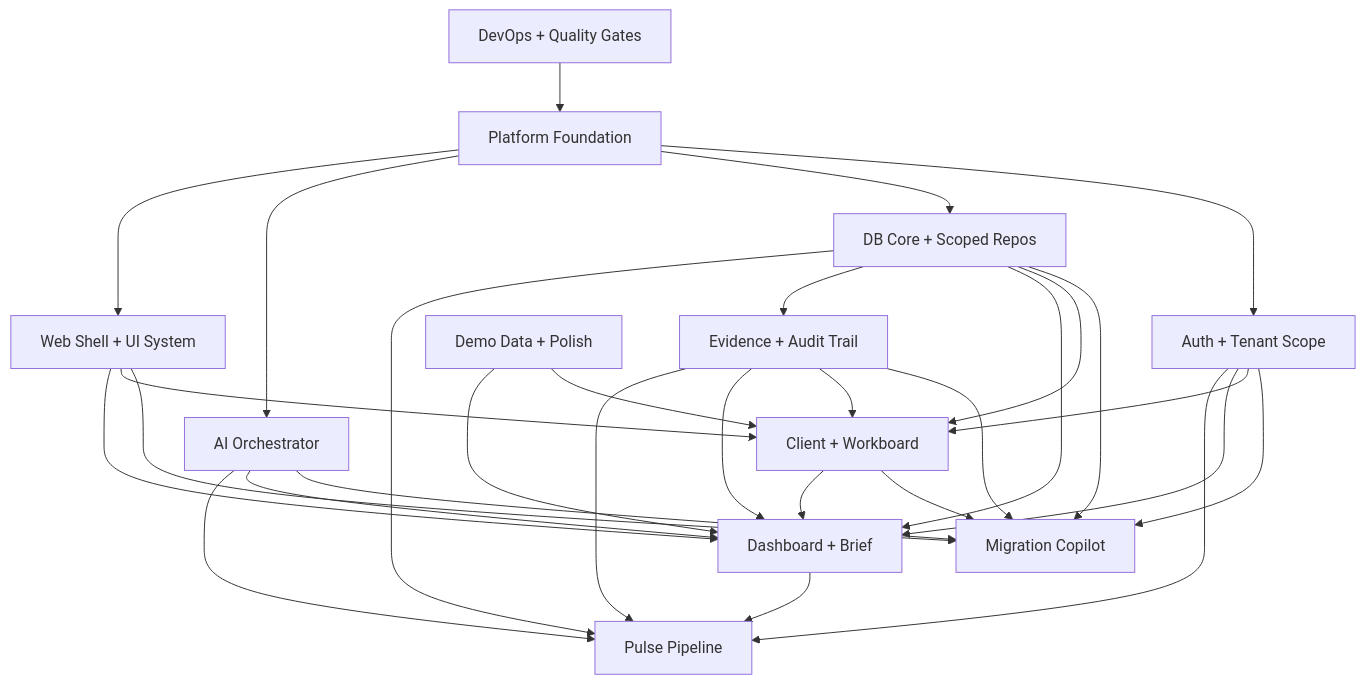
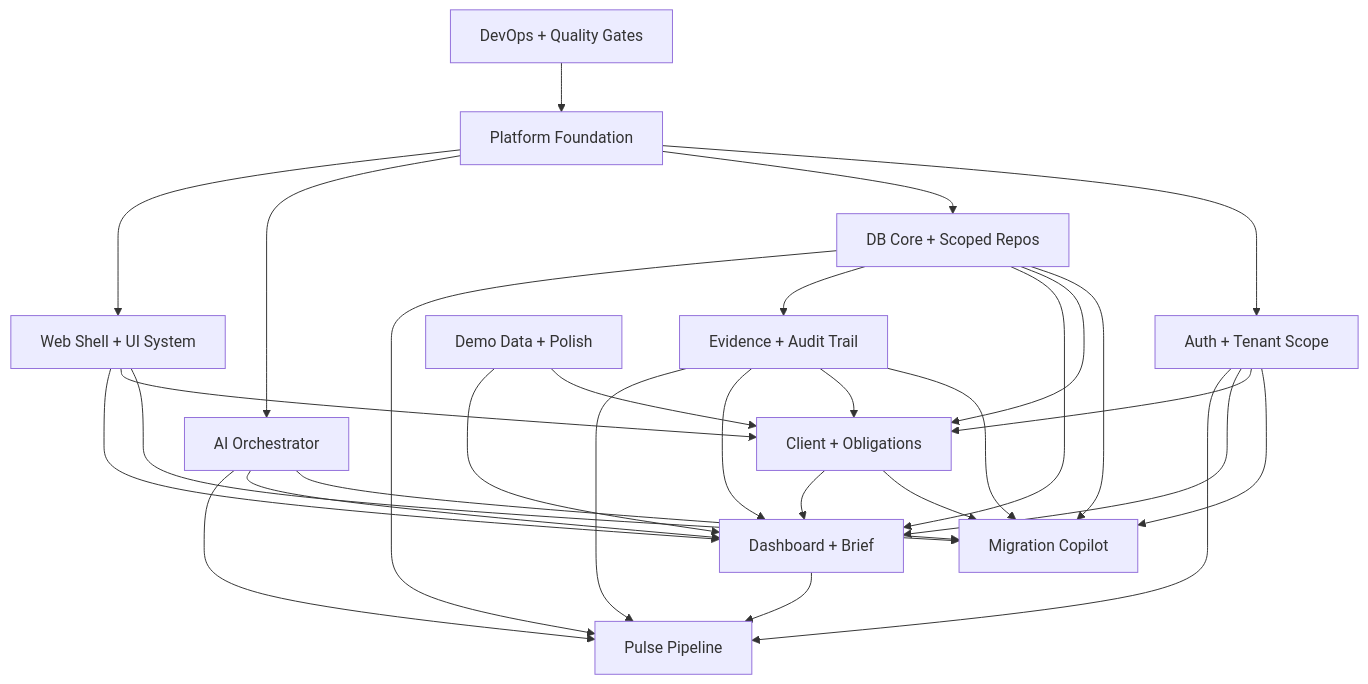
One commit to langgenius/due-date-hq-jhx-lyz changed the diagram in docs/dev-file/09-Demo-Sprint-Module-Playbook.md. Above: the diagram before and after it, drawn with Mermaid. The commit also changed other lines of this file and 84 other files, not shown here.

Commit message:
refactor: rename 'Workboard' to 'Obligations' across the application for consistency and clarity, updating related UI elements, tests, and localization strings

````diff
--- a/docs/dev-file/09-Demo-Sprint-Module-Playbook.md
+++ b/docs/dev-file/09-Demo-Sprint-Module-Playbook.md
@@ -573,45 +573,45 @@
 ```mermaid
 flowchart TD
   Platform["Platform Foundation"]
   WebShell["Web Shell + UI System"]
   Auth["Auth + Tenant Scope"]
   DB["DB Core + Scoped Repos"]
   AI["AI Orchestrator"]
   Migration["Migration Copilot"]
-  Workboard["Client + Workboard"]
+  Obligations["Client + Obligations"]
   Dashboard["Dashboard + Brief"]
   Evidence["Evidence + Audit Trail"]
   Pulse["Pulse Pipeline"]
   Demo["Demo Data + Polish"]
   DevOps["DevOps + Quality Gates"]
 
   Platform --> Auth
   Platform --> DB
   Platform --> AI
   Platform --> WebShell
   Auth --> Migration
-  Auth --> Workboard
+  Auth --> Obligations
   Auth --> Dashboard
   Auth --> Pulse
   DB --> Migration
-  DB --> Workboard
+  DB --> Obligations
   DB --> Dashboard
   DB --> Evidence
   DB --> Pulse
   AI --> Migration
   AI --> Dashboard
   AI --> Pulse
   WebShell --> Migration
-  WebShell --> Workboard
+  WebShell --> Obligations
   WebShell --> Dashboard
   Evidence --> Migration
-  Evidence --> Workboard
+  Evidence --> Obligations
   Evidence --> Dashboard
   Evidence --> Pulse
-  Workboard --> Migration
-  Workboard --> Dashboard
+  Obligations --> Migration
+  Obligations --> Dashboard
   Dashboard --> Pulse
-  Demo --> Workboard
+  Demo --> Obligations
   Demo --> Dashboard
   DevOps --> Platform
 ```
````
